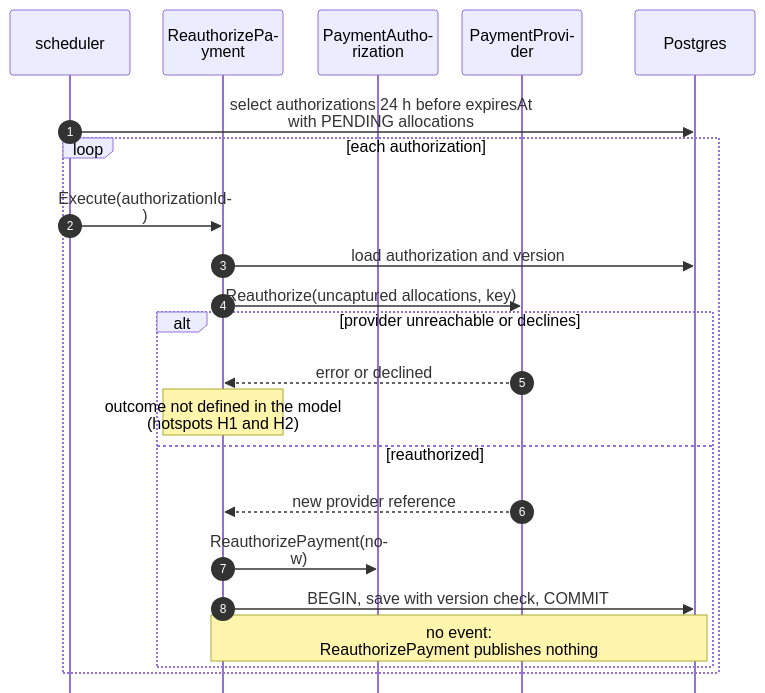
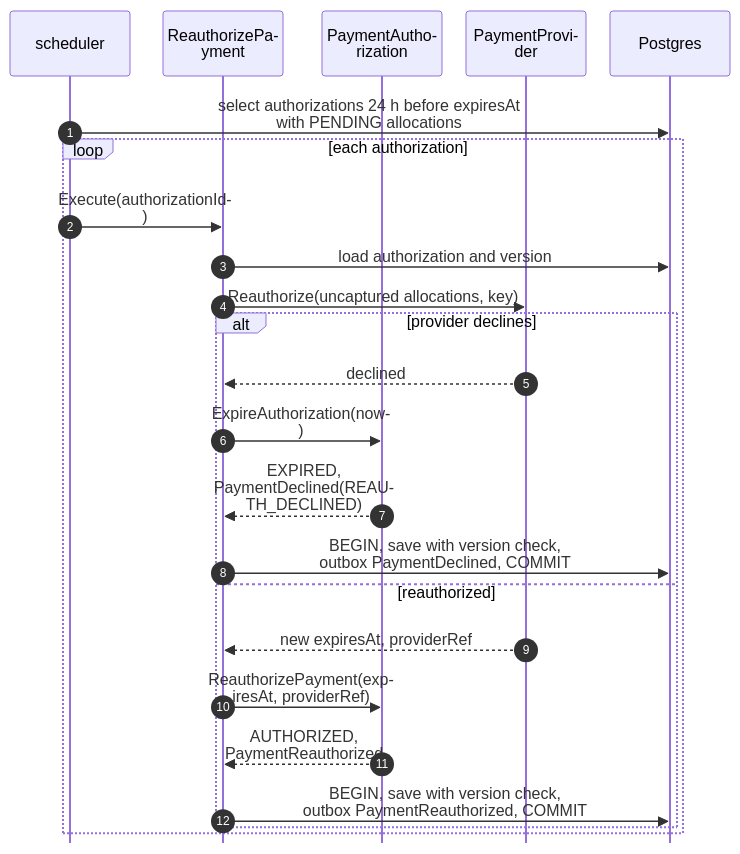
One commit to IQVO/warehouse-docs changed the seventh of 8 diagrams in storefront/docs/contexts/customer-payments/sequence-diagrams.md. Above: the diagram before and after it, drawn with Mermaid. The commit also changed other lines of this file and 11 other files, not shown here.

````diff
--- a/storefront/docs/contexts/customer-payments/sequence-diagrams.md
+++ b/storefront/docs/contexts/customer-payments/sequence-diagrams.md
@@ -340,25 +347,27 @@
 ```mermaid
 %%{init: {"sequence": {"wrap": true, "width": 120, "actorMargin": 24, "messageMargin": 28, "boxMargin": 6, "noteMargin": 6, "mirrorActors": false}}}%%
 sequenceDiagram
     autonumber
     participant S as scheduler
     participant UC as ReauthorizePayment
     participant A as PaymentAuthorization
     participant P as PaymentProvider
     participant DB as Postgres
     S->>DB: select authorizations 24 h before expiresAt<br/>with PENDING allocations
     loop each authorization
         S->>UC: Execute(authorizationId)
         UC->>DB: load authorization and version
         UC->>P: Reauthorize(uncaptured allocations, key)
-        alt provider unreachable or declines
-            P-->>UC: error or declined
-            Note over UC: outcome not defined in the model<br/>(hotspots H1 and H2)
+        alt provider declines
+            P-->>UC: declined
+            UC->>A: ExpireAuthorization(now)
+            A-->>UC: EXPIRED, PaymentDeclined(REAUTH_DECLINED)
+            UC->>DB: BEGIN, save with version check,<br/>outbox PaymentDeclined, COMMIT
         else reauthorized
-            P-->>UC: new provider reference
-            UC->>A: ReauthorizePayment(now)
-            UC->>DB: BEGIN, save with version check, COMMIT
-            Note over UC,DB: no event:<br/>ReauthorizePayment publishes nothing
+            P-->>UC: new expiresAt, providerRef
+            UC->>A: ReauthorizePayment(expiresAt, providerRef)
+            A-->>UC: AUTHORIZED, PaymentReauthorized
+            UC->>DB: BEGIN, save with version check,<br/>outbox PaymentReauthorized, COMMIT
         end
     end
 ```
````
